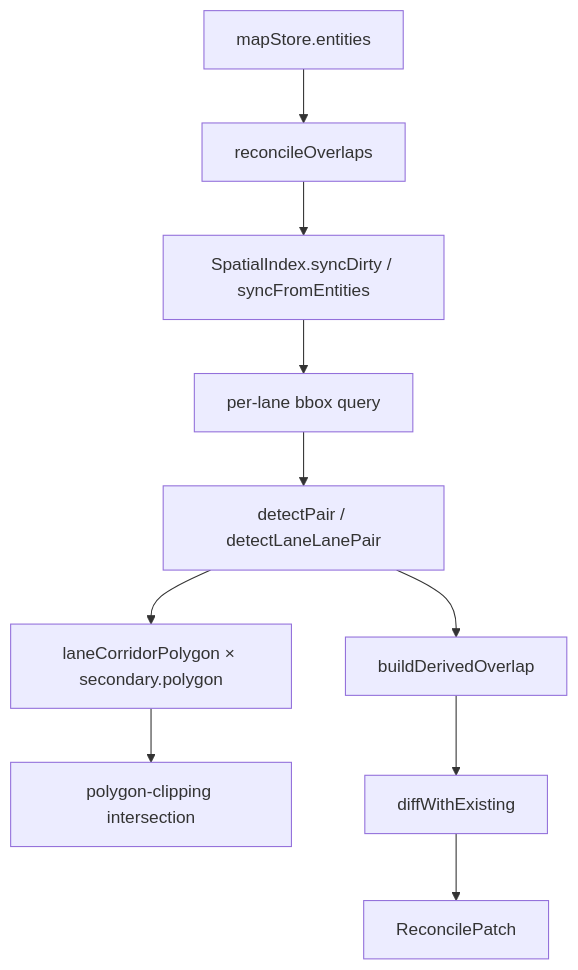
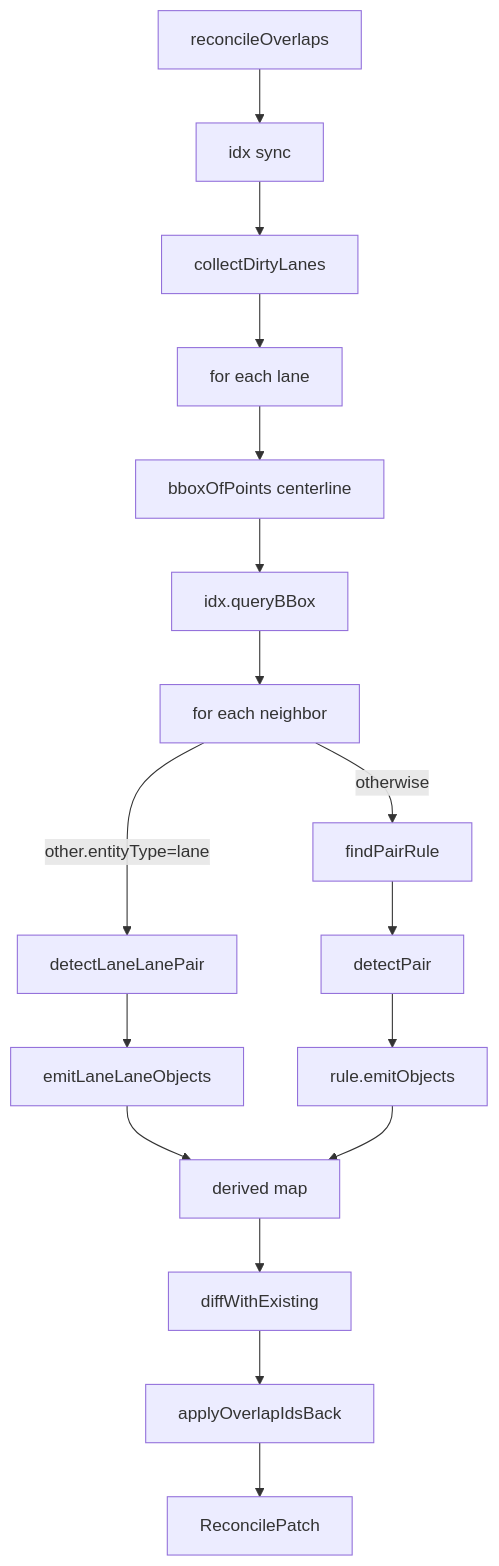
Before and after one commit to SakuraPuare/apollo-map-studio: the first of 2 diagrams in docs/api/core/elements-overlap.md, drawn with Mermaid. The commit also changed other lines of this file and 414 other files, not shown here.

````diff
--- a/docs/api/core/elements-overlap.md
+++ b/docs/api/core/elements-overlap.md
@@ -19,12 +158,19 @@
 ```mermaid
 flowchart TD
-    A[mapStore.entities] --> B[reconcileOverlaps]
-    B --> C[SpatialIndex.syncDirty / syncFromEntities]
-    C --> D[per-lane bbox query]
-    D --> E[detectPair / detectLaneLanePair]
-    E --> F[laneCorridorPolygon × secondary.polygon]
-    F --> G[polygon-clipping intersection]
-    E --> H[buildDerivedOverlap]
-    H --> I[diffWithExisting]
-    I --> J[ReconcilePatch]
+    M[reconcileOverlaps] --> SI[idx sync]
+    SI --> CL[collectDirtyLanes]
+    CL --> LP[for each lane]
+    LP --> BB[bboxOfPoints centerline]
+    BB --> Q[idx.queryBBox]
+    Q --> N[for each neighbor]
+    N -->|other.entityType=lane| LL[detectLaneLanePair]
+    N -->|otherwise| FP[findPairRule]
+    FP --> DP[detectPair]
+    LL --> EM[emitLaneLaneObjects]
+    DP --> ER[rule.emitObjects]
+    EM --> D[derived map]
+    ER --> D
+    D --> DI[diffWithExisting]
+    DI --> AB[applyOverlapIdsBack]
+    AB --> P[ReconcilePatch]
 ```
````
